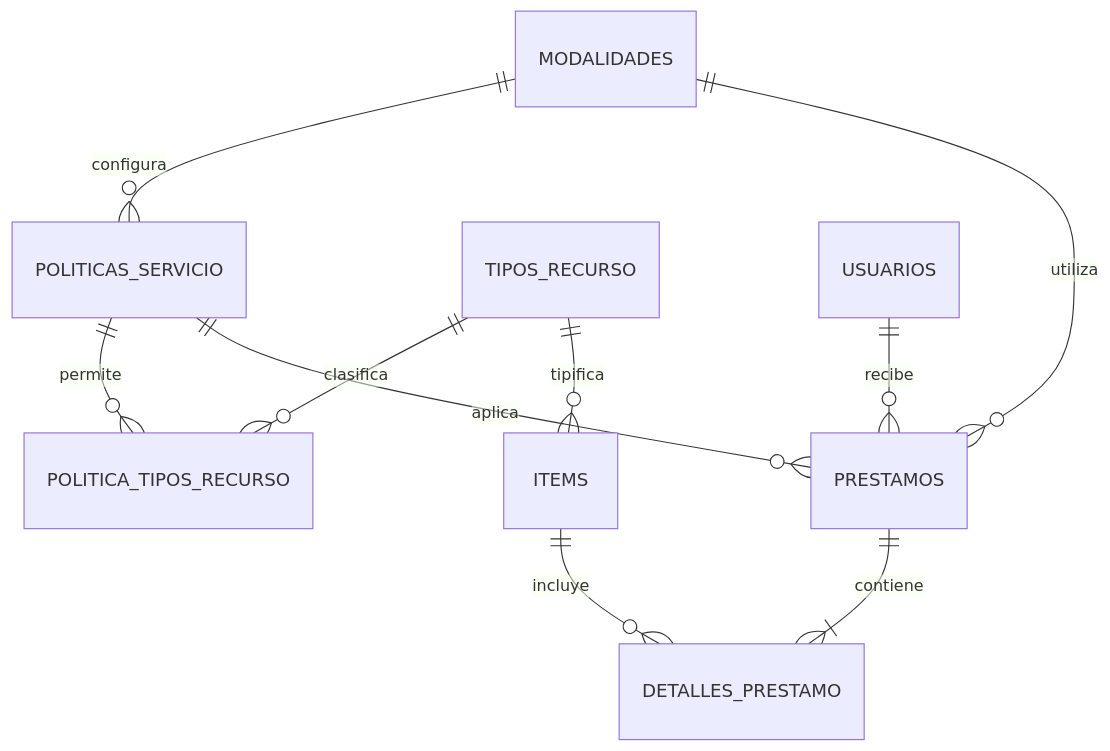
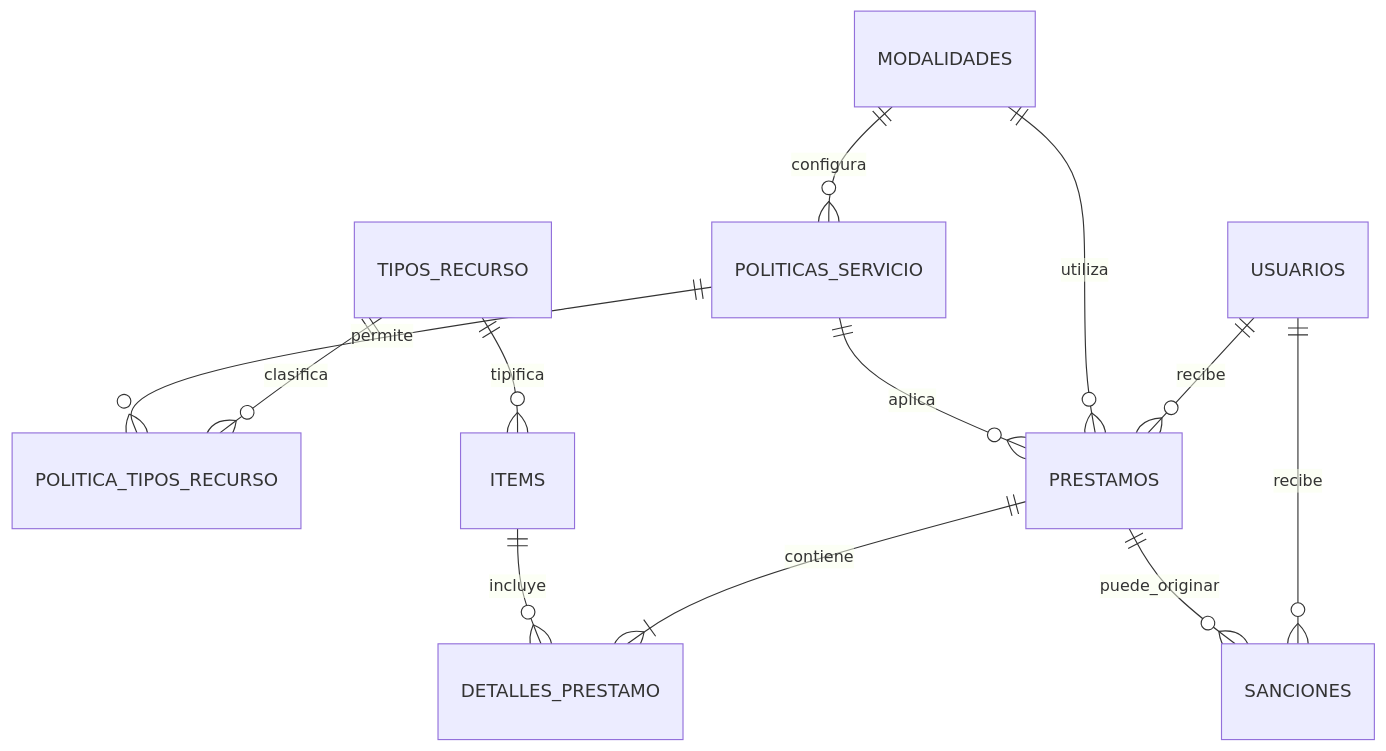
The diagram in docs/base-de-datos-normalizada.md (LuisEn2005/TI2-Sistema-de-Prestamos-Academico), drawn with Mermaid before and after one commit. The commit also changed other lines of this file and 35 other files, not shown here.

````diff
--- a/docs/base-de-datos-normalizada.md
+++ b/docs/base-de-datos-normalizada.md
@@ -26,12 +27,14 @@
 ```mermaid
 erDiagram
     MODALIDADES ||--o{ POLITICAS_SERVICIO : configura
     TIPOS_RECURSO ||--o{ POLITICA_TIPOS_RECURSO : clasifica
     POLITICAS_SERVICIO ||--o{ POLITICA_TIPOS_RECURSO : permite
     USUARIOS ||--o{ PRESTAMOS : recibe
     MODALIDADES ||--o{ PRESTAMOS : utiliza
     POLITICAS_SERVICIO ||--o{ PRESTAMOS : aplica
     PRESTAMOS ||--|{ DETALLES_PRESTAMO : contiene
+    USUARIOS ||--o{ SANCIONES : recibe
+    PRESTAMOS ||--o{ SANCIONES : puede_originar
     ITEMS ||--o{ DETALLES_PRESTAMO : incluye
     TIPOS_RECURSO ||--o{ ITEMS : tipifica
 ```
````
